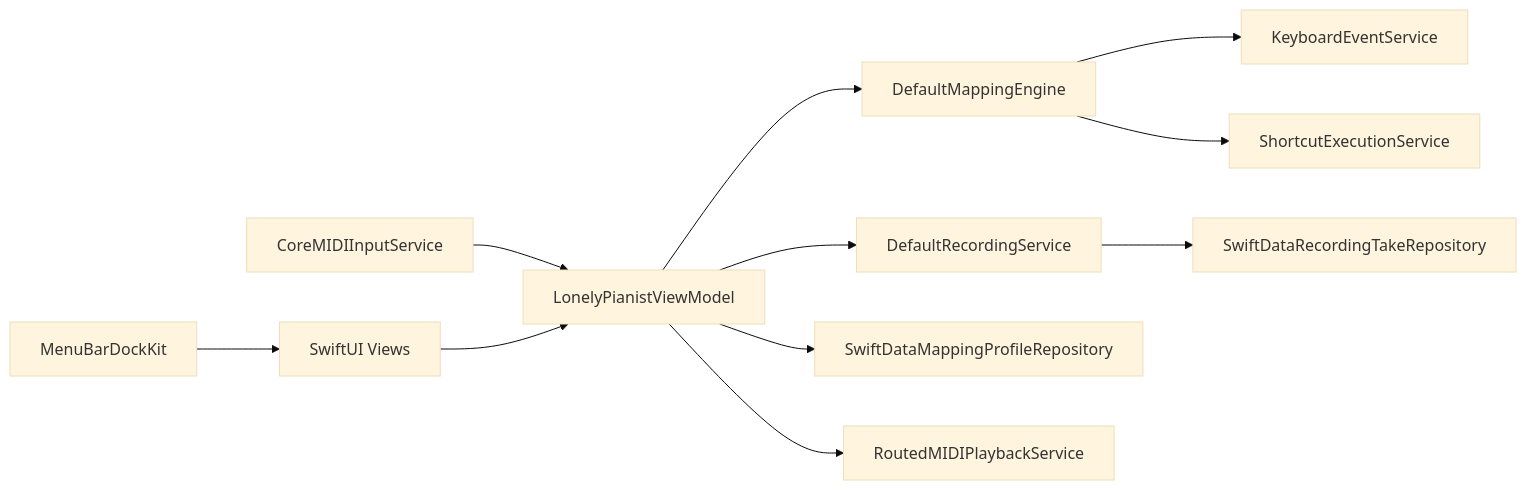
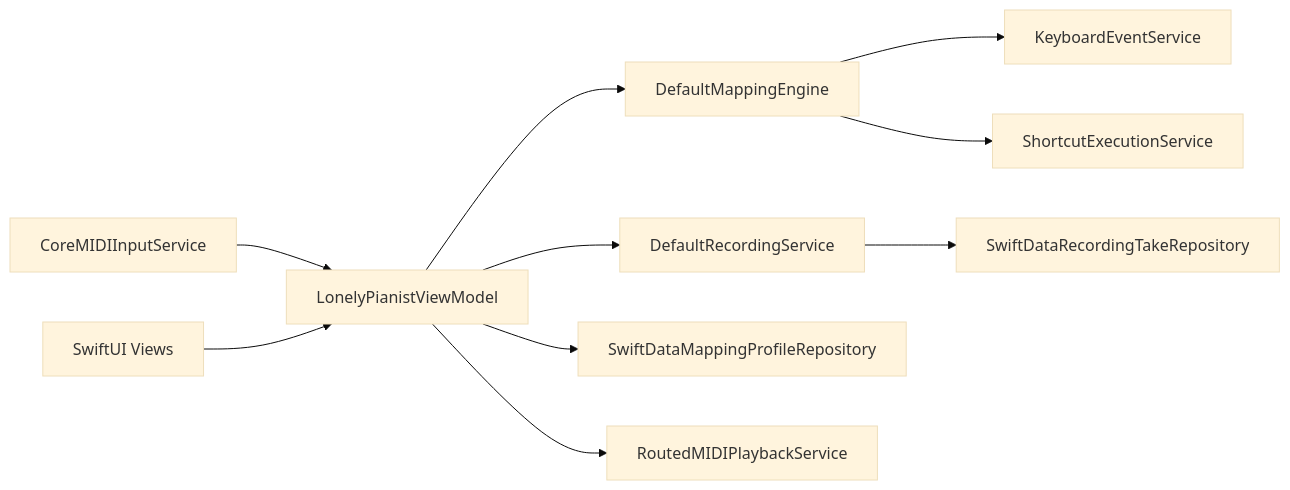
One commit to chiimagnus/LonelyPianist changed the diagram in .github/deepwiki/architecture.md. Above: the diagram before and after it, drawn with Mermaid (base theme). The commit also changed other lines of this file and 15 other files, not shown here.

Commit message:
feat: 移除 MenuBarDockKit 相关文档和引用，简化项目结构

````diff
--- a/.github/deepwiki/architecture.md
+++ b/.github/deepwiki/architecture.md
@@ -47,13 +46,12 @@
 ```mermaid
 flowchart LR
   A[CoreMIDIInputService] --> B[LonelyPianistViewModel]
   B --> C[DefaultMappingEngine]
   C --> D[KeyboardEventService]
   C --> E[ShortcutExecutionService]
   B --> F[DefaultRecordingService]
   F --> G[SwiftDataRecordingTakeRepository]
   B --> H[SwiftDataMappingProfileRepository]
   B --> I[RoutedMIDIPlaybackService]
   J[SwiftUI Views] --> B
-  K[MenuBarDockKit] --> J
 ```
````
